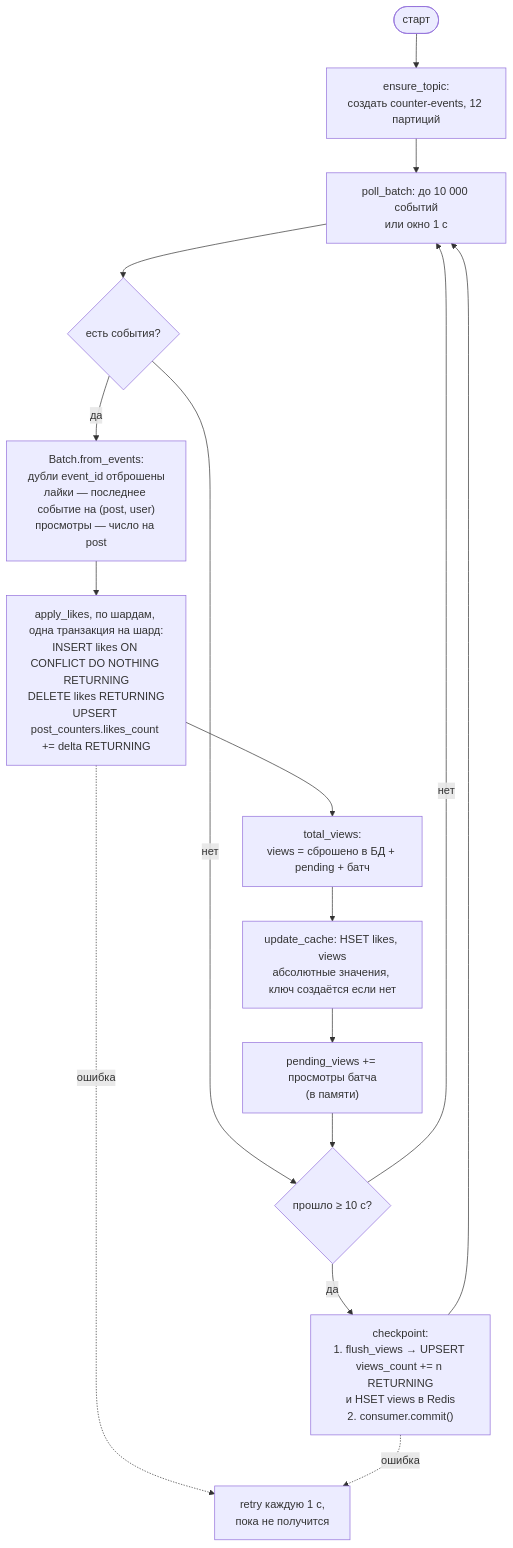
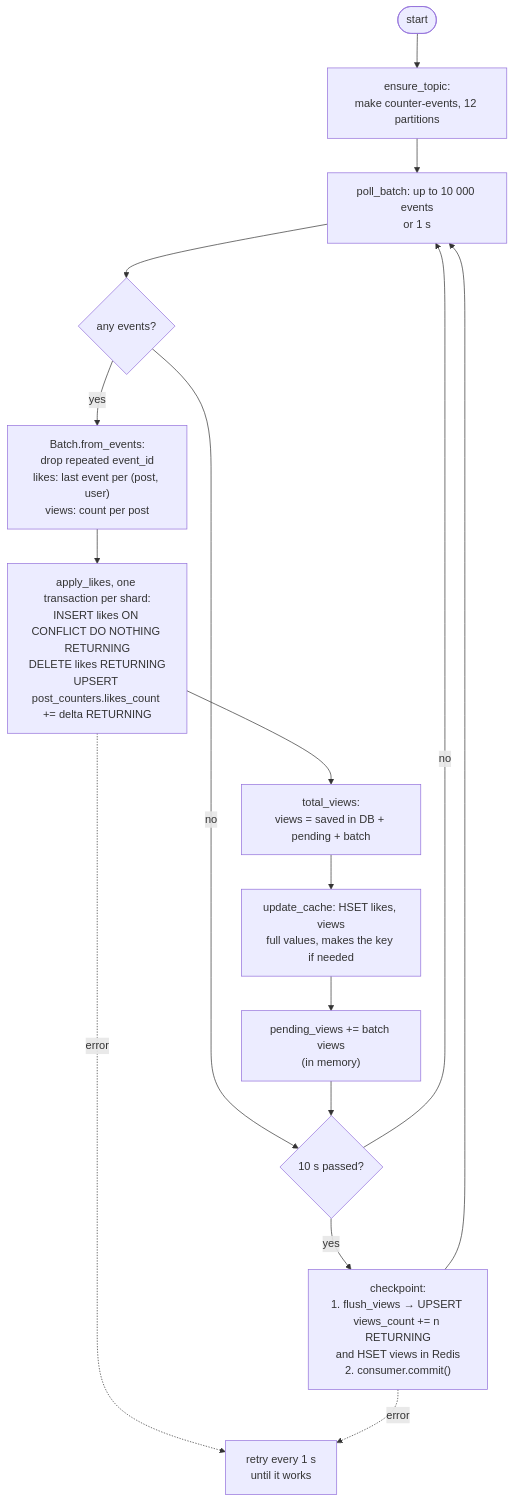
Before and after one commit to elitekbtu/highload-backend: the fourth of 8 diagrams in sis2/README.md, drawn with Mermaid. The commit also changed other lines of this file and 61 other files, not shown here.

````diff
--- a/sis2/README.md
+++ b/sis2/README.md
@@ -145,19 +149,19 @@
 ```mermaid
 flowchart TD
-    start([старт]) --> topic["ensure_topic:<br/>создать counter-events, 12 партиций"]
-    topic --> poll["poll_batch: до 10 000 событий<br/>или окно 1 с"]
-    poll --> empty{есть события?}
-    empty -- нет --> timer
-    empty -- да --> batch["Batch.from_events:<br/>дубли event_id отброшены<br/>лайки — последнее событие на (post, user)<br/>просмотры — число на post"]
-    batch --> likes["apply_likes, по шардам, одна транзакция на шард:<br/>INSERT likes ON CONFLICT DO NOTHING RETURNING<br/>DELETE likes RETURNING<br/>UPSERT post_counters.likes_count += delta RETURNING"]
-    likes --> total["total_views:<br/>views = сброшено в БД + pending + батч"]
-    total --> cache["update_cache: HSET likes, views<br/>абсолютные значения, ключ создаётся если нет"]
-    cache --> pending["pending_views += просмотры батча<br/>(в памяти)"]
-    pending --> timer{прошло ≥ 10 с?}
-    timer -- нет --> poll
-    timer -- да --> cp["checkpoint:<br/>1. flush_views → UPSERT views_count += n RETURNING<br/>и HSET views в Redis<br/>2. consumer.commit()"]
+    start([start]) --> topic["ensure_topic:<br/>make counter-events, 12 partitions"]
+    topic --> poll["poll_batch: up to 10 000 events<br/>or 1 s"]
+    poll --> empty{any events?}
+    empty -- no --> timer
+    empty -- yes --> batch["Batch.from_events:<br/>drop repeated event_id<br/>likes: last event per (post, user)<br/>views: count per post"]
+    batch --> likes["apply_likes, one transaction per shard:<br/>INSERT likes ON CONFLICT DO NOTHING RETURNING<br/>DELETE likes RETURNING<br/>UPSERT post_counters.likes_count += delta RETURNING"]
+    likes --> total["total_views:<br/>views = saved in DB + pending + batch"]
+    total --> cache["update_cache: HSET likes, views<br/>full values, makes the key if needed"]
+    cache --> pending["pending_views += batch views<br/>(in memory)"]
+    pending --> timer{10 s passed?}
+    timer -- no --> poll
+    timer -- yes --> cp["checkpoint:<br/>1. flush_views → UPSERT views_count += n RETURNING<br/>and HSET views in Redis<br/>2. consumer.commit()"]
     cp --> poll
 
-    likes -. ошибка .-> retry["retry каждую 1 с,<br/>пока не получится"]
-    cp -. ошибка .-> retry
+    likes -. error .-> retry["retry every 1 s<br/>until it works"]
+    cp -. error .-> retry
 ```
````
